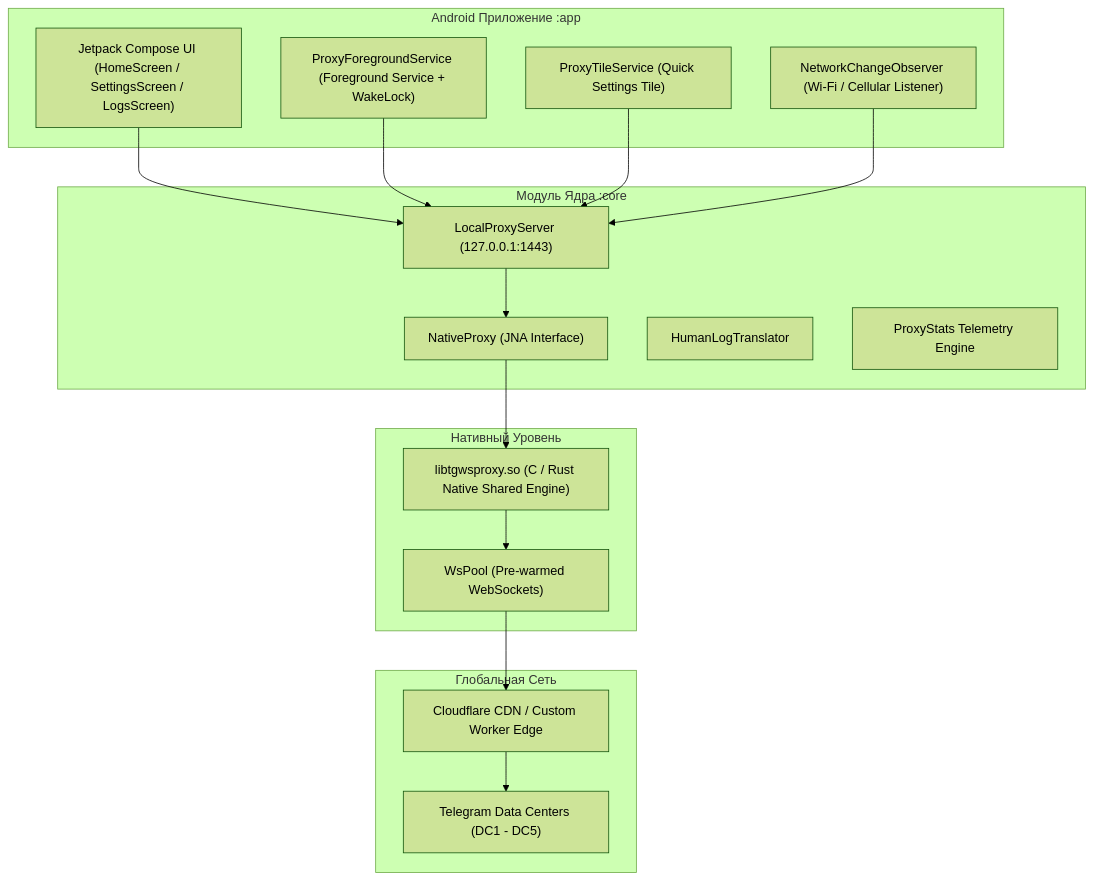
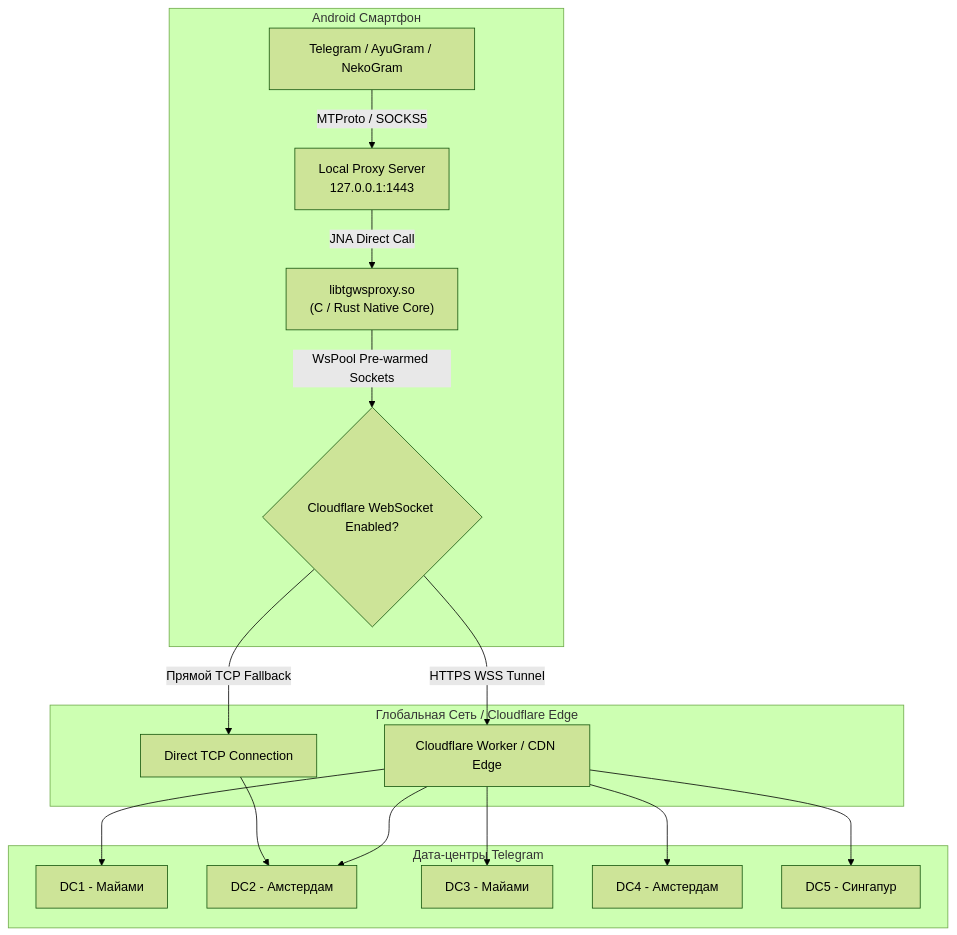
Before and after one commit to joycecurcirt539-dot/Mirrly-TG-Proxy: the diagram in README.md, drawn with Mermaid (forest theme). The commit also changed other lines of this file and 1 other file, not shown here.

````diff
--- a/README.md
+++ b/README.md
@@ -77,36 +95,22 @@
 ```mermaid
 flowchart TD
-    subgraph AppContainer ["Android Приложение :app"]
-        UI["Jetpack Compose UI (HomeScreen / SettingsScreen / LogsScreen)"]
-        FGService["ProxyForegroundService (Foreground Service + WakeLock)"]
-        TileService["ProxyTileService (Quick Settings Tile)"]
-        NetObserver["NetworkChangeObserver (Wi-Fi / Cellular Listener)"]
+    subgraph AndroidDevice ["Android Смартфон"]
+        TGClient["Telegram / AyuGram / NekoGram"] -->|MTProto / SOCKS5| LocalServer["Local Proxy Server\n127.0.0.1:1443"]
+        LocalServer -->|JNA Direct Call| NativeCore["libtgwsproxy.so\n(C / Rust Native Core)"]
+        NativeCore -->|WsPool Pre-warmed Sockets| PoolMgr{"Cloudflare WebSocket Enabled?"}
     end
 
-    subgraph CoreContainer ["Модуль Ядра :core"]
-        LocalProxy["LocalProxyServer (127.0.0.1:1443)"]
-        JNABridge["NativeProxy (JNA Interface)"]
-        LogTranslator["HumanLogTranslator"]
-        StatsEngine["ProxyStats Telemetry Engine"]
+    subgraph Internet ["Глобальная Сеть / Cloudflare Edge"]
+        PoolMgr -->|HTTPS WSS Tunnel| CFWorker["Cloudflare Worker / CDN Edge"]
+        PoolMgr -->|Прямой TCP Fallback| DirectTCP["Direct TCP Connection"]
     end
 
-    subgraph NativeLayer ["Нативный Уровень"]
-        NativeLib["libtgwsproxy.so (C / Rust Native Shared Engine)"]
-        SocketPool["WsPool (Pre-warmed WebSockets)"]
+    subgraph TelegramDCs ["Дата-центры Telegram"]
+        CFWorker --> DC1["DC1 - Майами"]
+        CFWorker --> DC2["DC2 - Амстердам"]
+        CFWorker --> DC3["DC3 - Майами"]
+        CFWorker --> DC4["DC4 - Амстердам"]
+        CFWorker --> DC5["DC5 - Сингапур"]
+        DirectTCP --> DC2
     end
-
-    subgraph ExternalNetwork ["Глобальная Сеть"]
-        CFCDN["Cloudflare CDN / Custom Worker Edge"]
-        TelegramDC["Telegram Data Centers (DC1 - DC5)"]
-    end
-
-    UI --> LocalProxy
-    FGService --> LocalProxy
-    TileService --> LocalProxy
-    NetObserver --> LocalProxy
-    LocalProxy --> JNABridge
-    JNABridge --> NativeLib
-    NativeLib --> SocketPool
-    SocketPool --> CFCDN
-    CFCDN --> TelegramDC
 ```
````
